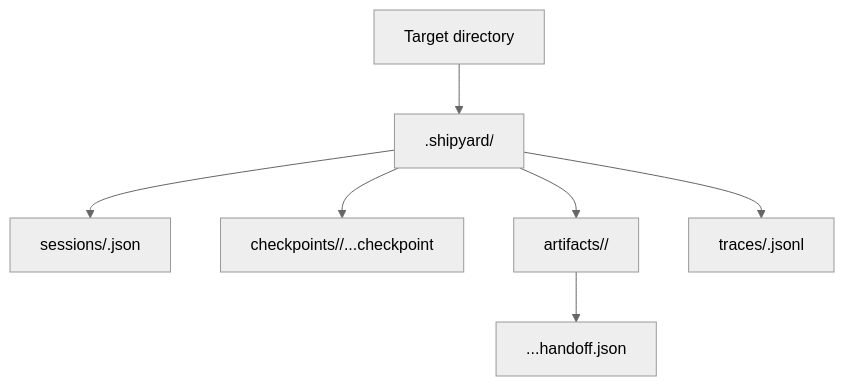
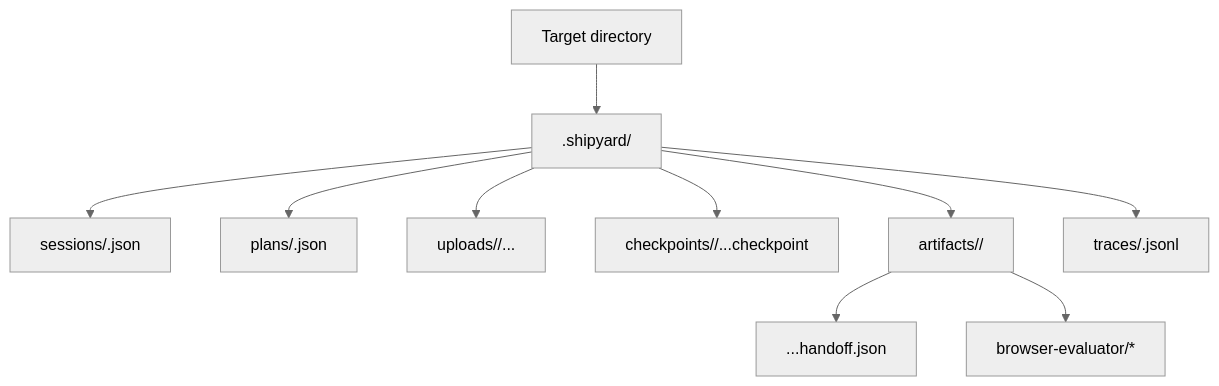
Before and after one commit to thisisyoussef/shipyard: the fourth of 4 diagrams in shipyard/docs/architecture/README.md, drawn with Mermaid (neutral theme). The commit also changed other lines of this file and 21 other files, not shown here.

First line of the commit message:
docs: refresh runtime architecture guides

````diff
--- a/shipyard/docs/architecture/README.md
+++ b/shipyard/docs/architecture/README.md
@@ -86,17 +164,23 @@
 ```mermaid
 flowchart TD
   Target["Target directory"]
   Shipyard[".shipyard/"]
   Sessions["sessions/<sessionId>.json"]
+  Plans["plans/<planId>.json"]
+  Uploads["uploads/<sessionId>/..."]
   Checkpoints["checkpoints/<sessionId>/...checkpoint"]
   Artifacts["artifacts/<sessionId>/"]
   Handoff["...handoff.json"]
+  BrowserArtifacts["browser-evaluator/*"]
   Traces["traces/<sessionId>.jsonl"]
 
   Target --> Shipyard
   Shipyard --> Sessions
+  Shipyard --> Plans
+  Shipyard --> Uploads
   Shipyard --> Checkpoints
   Shipyard --> Artifacts
   Artifacts --> Handoff
+  Artifacts --> BrowserArtifacts
   Shipyard --> Traces
 ```
````
